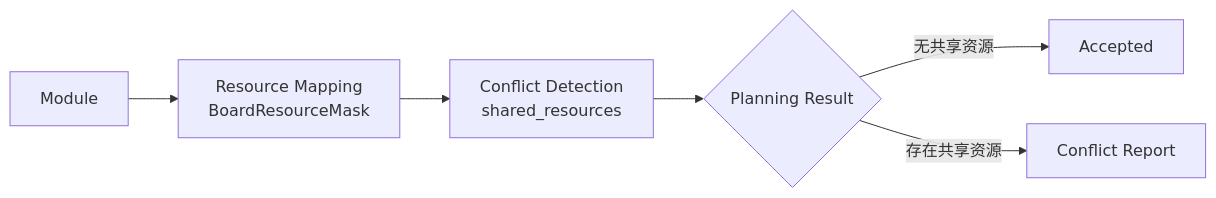
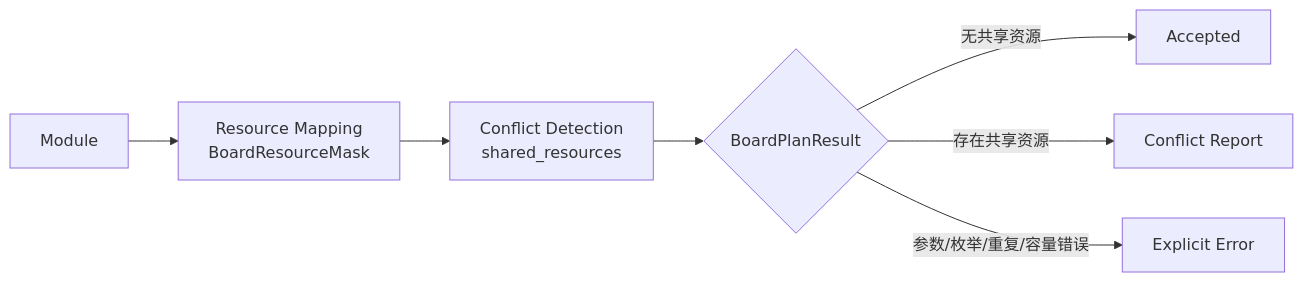
Before and after one commit to REliasCheng/C51-Board-Lab: the diagram in README.md, drawn with Mermaid. The commit also changed other lines of this file and 3 other files, not shown here.

````diff
--- a/README.md
+++ b/README.md
@@ -29,8 +29,9 @@
 ```mermaid
 flowchart LR
     A["Module"] --> B["Resource Mapping<br/>BoardResourceMask"]
     B --> C["Conflict Detection<br/>shared_resources"]
-    C --> D{"Planning Result"}
+    C --> D{"BoardPlanResult"}
     D -->|无共享资源| E["Accepted"]
     D -->|存在共享资源| F["Conflict Report"]
+    D -->|参数/枚举/重复/容量错误| G["Explicit Error"]
 ```
````
